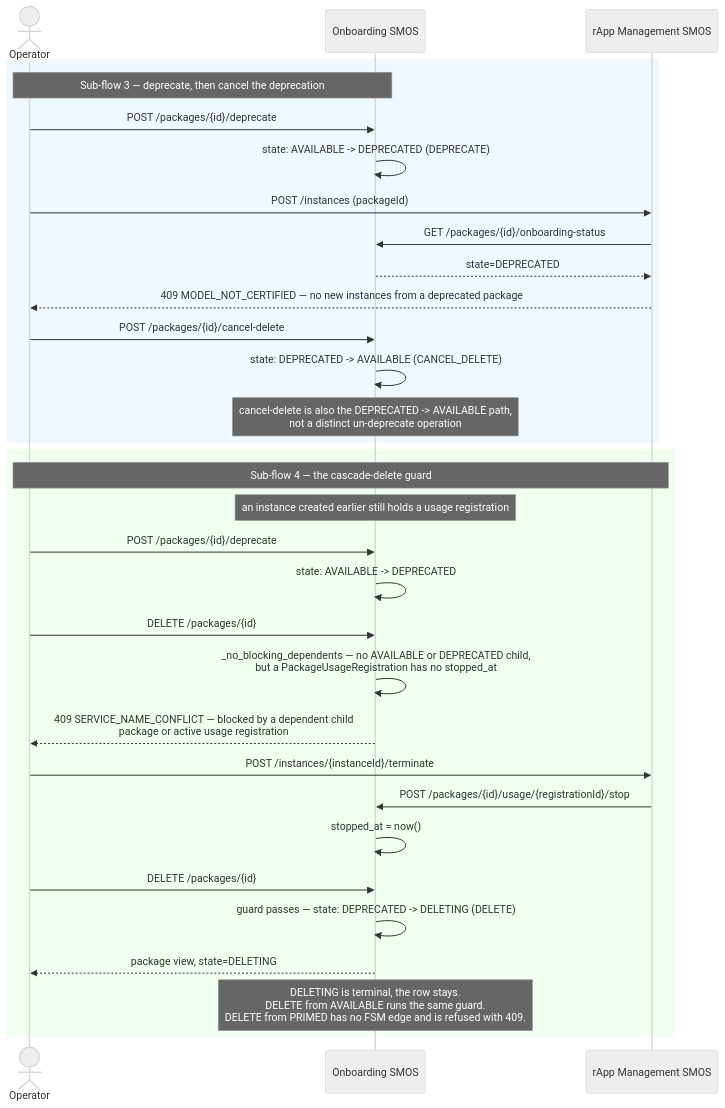
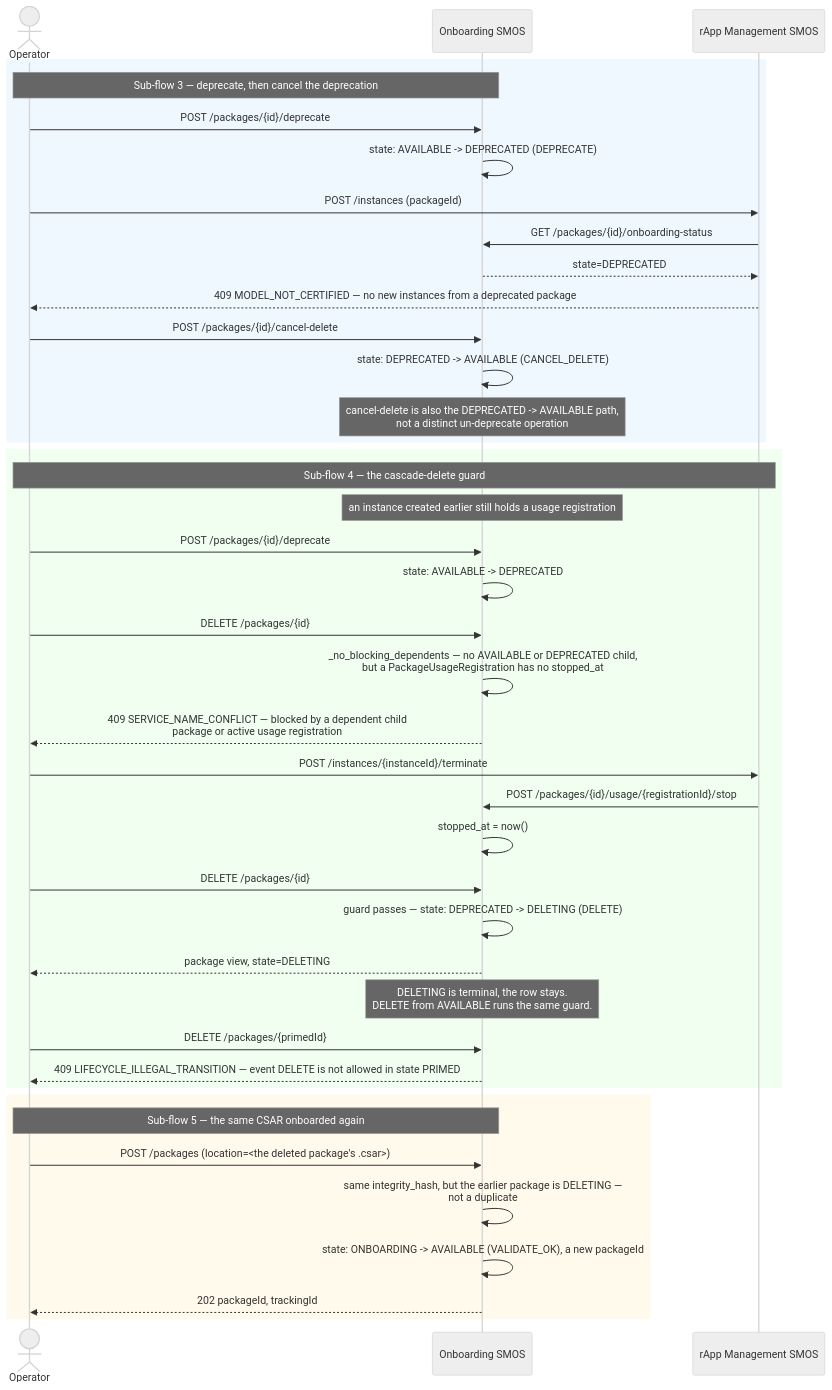
The third of 3 diagrams in smo/docs/call-flows/06-package-lifecycle.md (rsys-bshankar/ai-ran-ref), drawn with Mermaid (neutral theme) before and after one commit. The commit also changed other lines of this file and 46 other files, not shown here.

````diff
--- a/smo/docs/call-flows/06-package-lifecycle.md
+++ b/smo/docs/call-flows/06-package-lifecycle.md
@@ -122,36 +132,46 @@
 ```mermaid
 sequenceDiagram
     actor Operator
     participant Onb as Onboarding SMOS
     participant Rapp as rApp Management SMOS
 
     rect rgb(240, 248, 255)
     Note over Operator,Onb: Sub-flow 3 — deprecate, then cancel the deprecation
     Operator->>Onb: POST /packages/{id}/deprecate
     Onb->>Onb: state: AVAILABLE -> DEPRECATED (DEPRECATE)
     Operator->>Rapp: POST /instances (packageId)
     Rapp->>Onb: GET /packages/{id}/onboarding-status
     Onb-->>Rapp: state=DEPRECATED
     Rapp-->>Operator: 409 MODEL_NOT_CERTIFIED — no new instances from a deprecated package
     Operator->>Onb: POST /packages/{id}/cancel-delete
     Onb->>Onb: state: DEPRECATED -> AVAILABLE (CANCEL_DELETE)
     Note over Onb: cancel-delete is also the DEPRECATED -> AVAILABLE path,<br/>not a distinct un-deprecate operation
     end
 
     rect rgb(240, 255, 240)
     Note over Operator,Rapp: Sub-flow 4 — the cascade-delete guard
     Note over Onb: an instance created earlier still holds a usage registration
     Operator->>Onb: POST /packages/{id}/deprecate
     Onb->>Onb: state: AVAILABLE -> DEPRECATED
     Operator->>Onb: DELETE /packages/{id}
     Onb->>Onb: _no_blocking_dependents — no AVAILABLE or DEPRECATED child,<br/>but a PackageUsageRegistration has no stopped_at
     Onb-->>Operator: 409 SERVICE_NAME_CONFLICT — blocked by a dependent child<br/>package or active usage registration
     Operator->>Rapp: POST /instances/{instanceId}/terminate
     Rapp->>Onb: POST /packages/{id}/usage/{registrationId}/stop
     Onb->>Onb: stopped_at = now()
     Operator->>Onb: DELETE /packages/{id}
     Onb->>Onb: guard passes — state: DEPRECATED -> DELETING (DELETE)
     Onb-->>Operator: package view, state=DELETING
-    Note over Onb: DELETING is terminal, the row stays.<br/>DELETE from AVAILABLE runs the same guard.<br/>DELETE from PRIMED has no FSM edge and is refused with 409.
+    Note over Onb: DELETING is terminal, the row stays.<br/>DELETE from AVAILABLE runs the same guard.
+    Operator->>Onb: DELETE /packages/{primedId}
+    Onb-->>Operator: 409 LIFECYCLE_ILLEGAL_TRANSITION — event DELETE is not allowed in state PRIMED
+    end
+
+    rect rgb(255, 250, 235)
+    Note over Operator,Onb: Sub-flow 5 — the same CSAR onboarded again
+    Operator->>Onb: POST /packages (location=<the deleted package's .csar>)
+    Onb->>Onb: same integrity_hash, but the earlier package is DELETING —<br/>not a duplicate
+    Onb->>Onb: state: ONBOARDING -> AVAILABLE (VALIDATE_OK), a new packageId
+    Onb-->>Operator: 202 packageId, trackingId
     end
 ```
````
